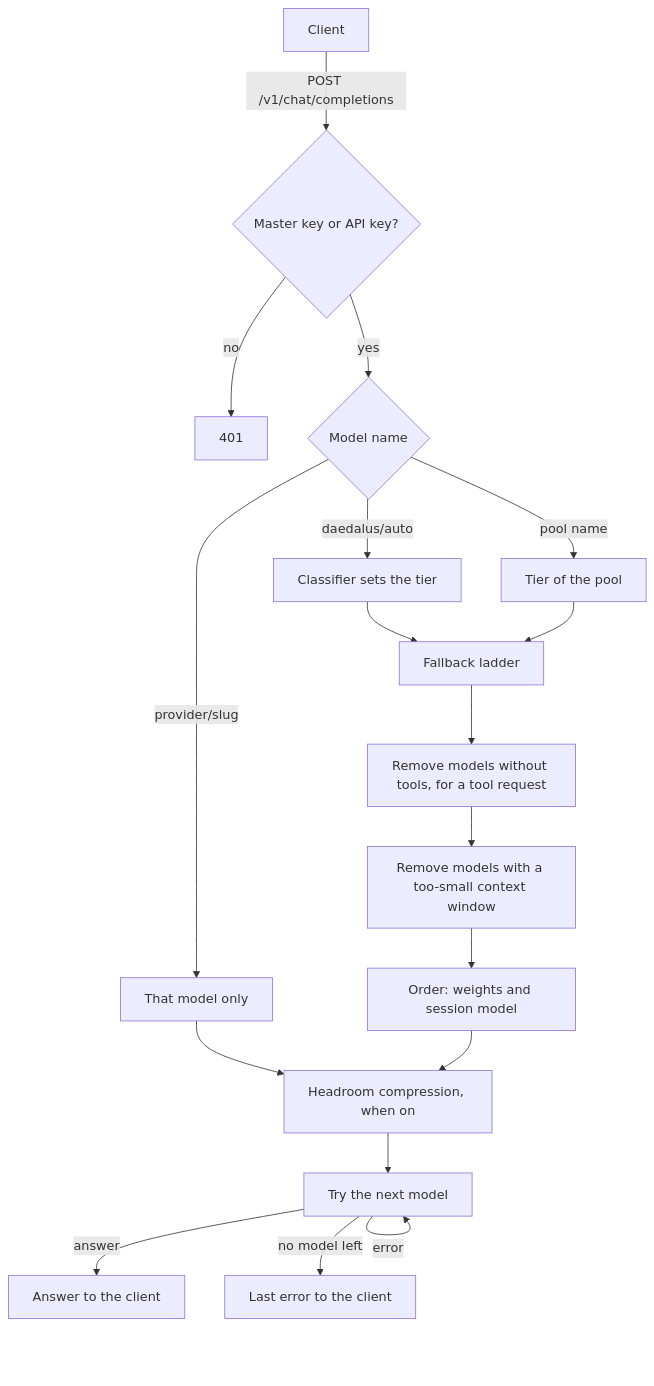
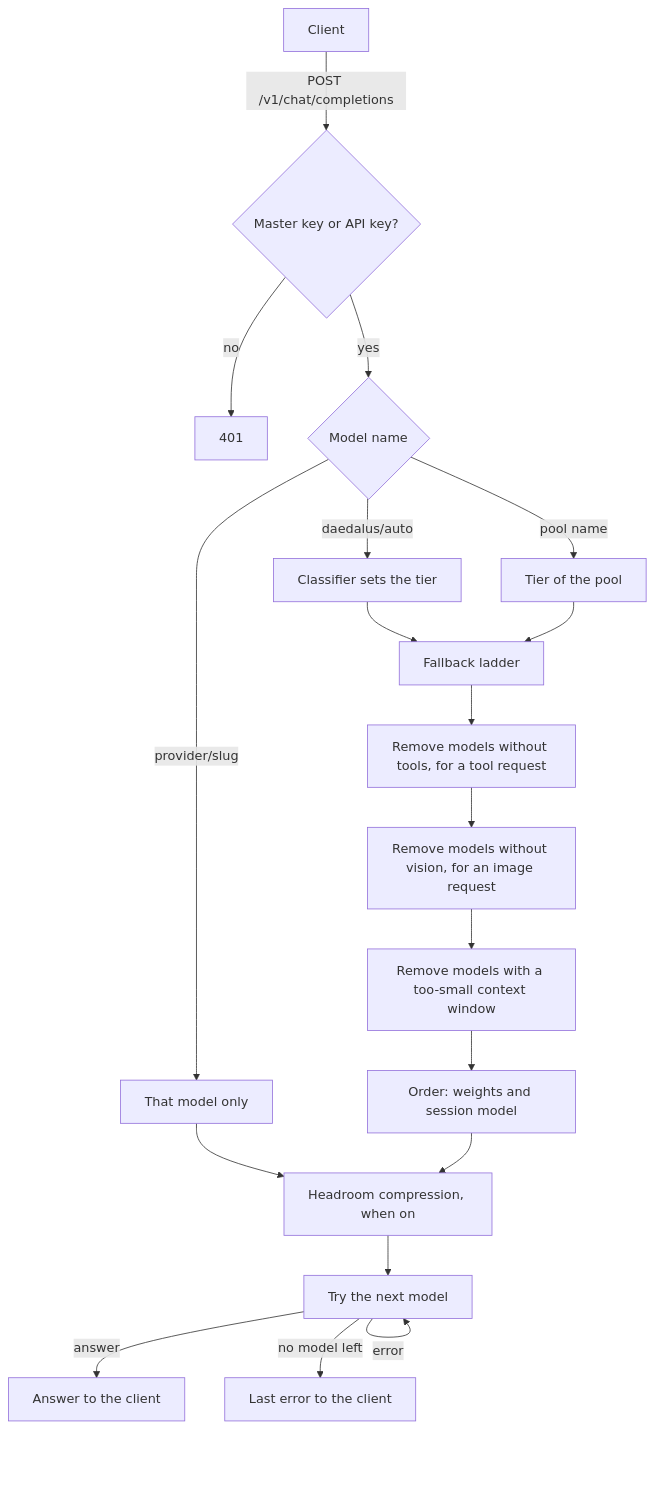
Before and after one commit to nemoe7/daedalus: the first of 5 diagrams in docs/architecture.md, drawn with Mermaid. The commit also changed other lines of this file and 2 other files, not shown here.

Commit message:
docs: realign the docs with the vision filter, errors and cloudflare text

````diff
--- a/docs/architecture.md
+++ b/docs/architecture.md
@@ -7,20 +7,21 @@
 ```mermaid
 flowchart TD
   C[Client] -->|POST /v1/chat/completions| A{Master key or API key?}
   A -->|no| E401[401]
   A -->|yes| M{Model name}
   M -->|daedalus/auto| CL[Classifier sets the tier]
   M -->|pool name| P[Tier of the pool]
   M -->|provider/slug| D[That model only]
   CL --> L[Fallback ladder]
   P --> L
   L --> F[Remove models without tools, for a tool request]
-  F --> S[Remove models with a too-small context window]
+  F --> V[Remove models without vision, for an image request]
+  V --> S[Remove models with a too-small context window]
   S --> O[Order: weights and session model]
   D --> H
   O --> H[Headroom compression, when on]
   H --> T[Try the next model]
   T -->|answer| OK[Answer to the client]
   T -->|error| T
   T -->|no model left| E502[Last error to the client]
 ```
````
